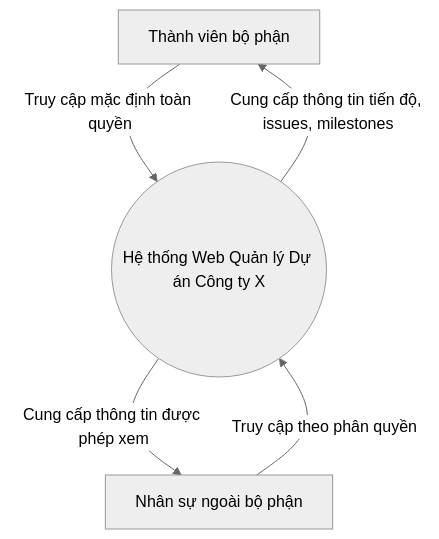
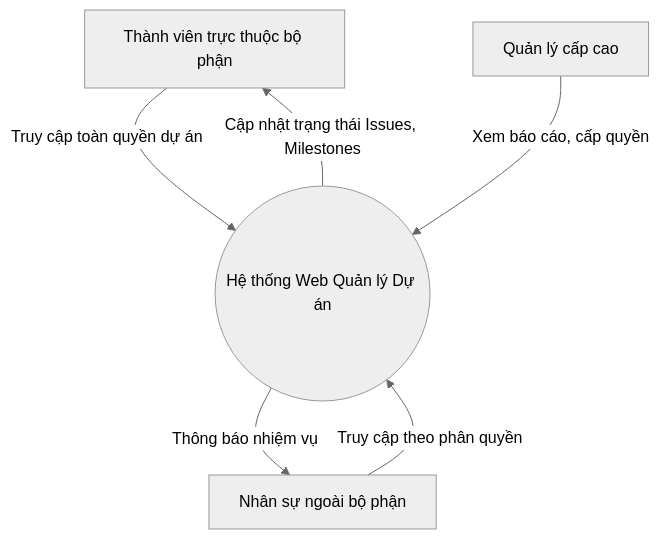
Before and after one commit to melowmolly2/obsidian: the first of 3 diagrams in Bài 1.md, drawn with Mermaid (neutral theme). The commit also changed other lines of this file, not shown here.

`````diff
--- a/Bài 1.md
+++ b/Bài 1.md
@@ -19,7 +43,8 @@
 ```mermaid
 graph TD
-    A[Thành viên bộ phận] -->|Truy cập mặc định toàn quyền| S((Hệ thống Web Quản lý Dự án Công ty X))
+    A[Thành viên trực thuộc bộ phận] -->|Truy cập toàn quyền dự án| S((Hệ thống Web Quản lý Dự án))
     B[Nhân sự ngoài bộ phận] -->|Truy cập theo phân quyền| S
-    S -->|Cung cấp thông tin tiến độ, issues, milestones| A
-    S -->|Cung cấp thông tin được phép xem| B
+    C[Quản lý cấp cao] -->|Xem báo cáo, cấp quyền| S
+    S -->|Cập nhật trạng thái Issues, Milestones| A
+    S -->|Thông báo nhiệm vụ| B
 ````
`````
